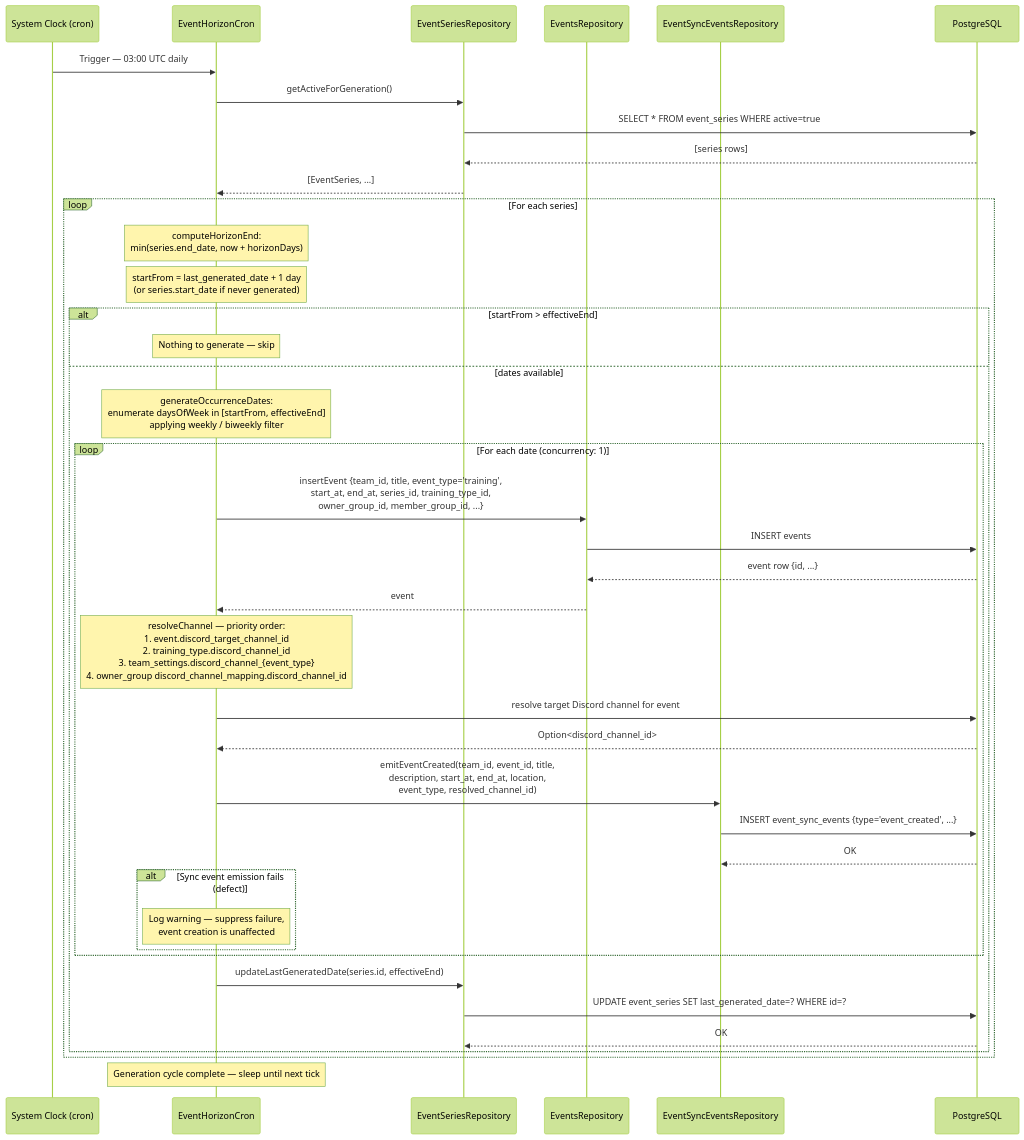
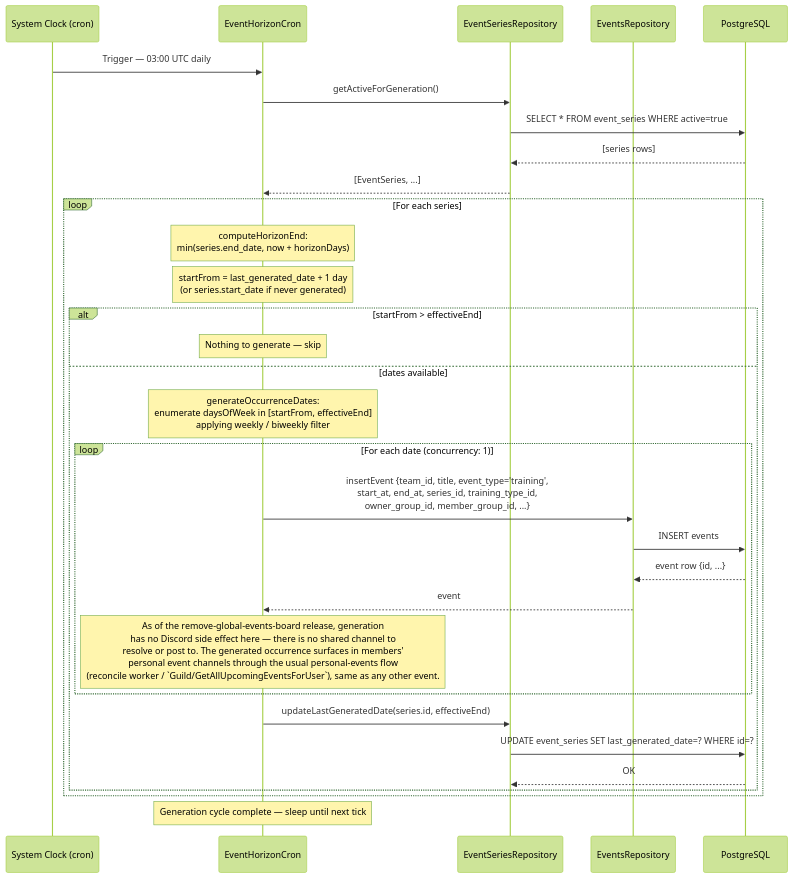
The sixth of 12 diagrams in docs/thesis/sequence-diagrams.md (maxa-ondrej/sideline), drawn with Mermaid (forest theme) before and after one commit. The commit also changed other lines of this file and 55 other files, not shown here.

````diff
--- a/docs/thesis/sequence-diagrams.md
+++ b/docs/thesis/sequence-diagrams.md
@@ -355,53 +346,42 @@
 ```mermaid
 sequenceDiagram
     participant Clock as System Clock (cron)
     participant Cron as EventHorizonCron
     participant SeriesRepo as EventSeriesRepository
     participant EventsRepo as EventsRepository
-    participant SyncRepo as EventSyncEventsRepository
     participant DB as PostgreSQL
 
     Clock->>Cron: Trigger — 03:00 UTC daily
 
     Cron->>SeriesRepo: getActiveForGeneration()
     SeriesRepo->>DB: SELECT * FROM event_series WHERE active=true
     DB-->>SeriesRepo: [series rows]
     SeriesRepo-->>Cron: [EventSeries, ...]
 
     loop For each series
         Note over Cron: computeHorizonEnd:<br/>min(series.end_date, now + horizonDays)
 
         Note over Cron: startFrom = last_generated_date + 1 day<br/>(or series.start_date if never generated)
 
         alt startFrom > effectiveEnd
             Note over Cron: Nothing to generate — skip
         else dates available
             Note over Cron: generateOccurrenceDates:<br/>enumerate daysOfWeek in [startFrom, effectiveEnd]<br/>applying weekly / biweekly filter
 
             loop For each date (concurrency: 1)
                 Cron->>EventsRepo: insertEvent {team_id, title, event_type='training',<br/>start_at, end_at, series_id, training_type_id,<br/>owner_group_id, member_group_id, ...}
                 EventsRepo->>DB: INSERT events
                 DB-->>EventsRepo: event row {id, ...}
                 EventsRepo-->>Cron: event
 
-                Note over Cron: resolveChannel — priority order:<br/>1. event.discord_target_channel_id<br/>2. training_type.discord_channel_id<br/>3. team_settings.discord_channel_{event_type}<br/>4. owner_group discord_channel_mapping.discord_channel_id
-                Cron->>DB: resolve target Discord channel for event
-                DB-->>Cron: Option<discord_channel_id>
-
-                Cron->>SyncRepo: emitEventCreated(team_id, event_id, title,<br/>description, start_at, end_at, location,<br/>event_type, resolved_channel_id)
-                SyncRepo->>DB: INSERT event_sync_events {type='event_created', ...}
-                DB-->>SyncRepo: OK
-
-                alt Sync event emission fails (defect)
-                    Note over Cron: Log warning — suppress failure,<br/>event creation is unaffected
-                end
+                Note over Cron: As of the remove-global-events-board release, generation<br/>has no Discord side effect here — there is no shared channel to<br/>resolve or post to. The generated occurrence surfaces in members'<br/>personal event channels through the usual personal-events flow<br/>(reconcile worker / `Guild/GetAllUpcomingEventsForUser`), same as any other event.
             end
 
             Cron->>SeriesRepo: updateLastGeneratedDate(series.id, effectiveEnd)
             SeriesRepo->>DB: UPDATE event_series SET last_generated_date=? WHERE id=?
             DB-->>SeriesRepo: OK
         end
     end
 
     Note over Cron: Generation cycle complete — sleep until next tick
 ```
````
